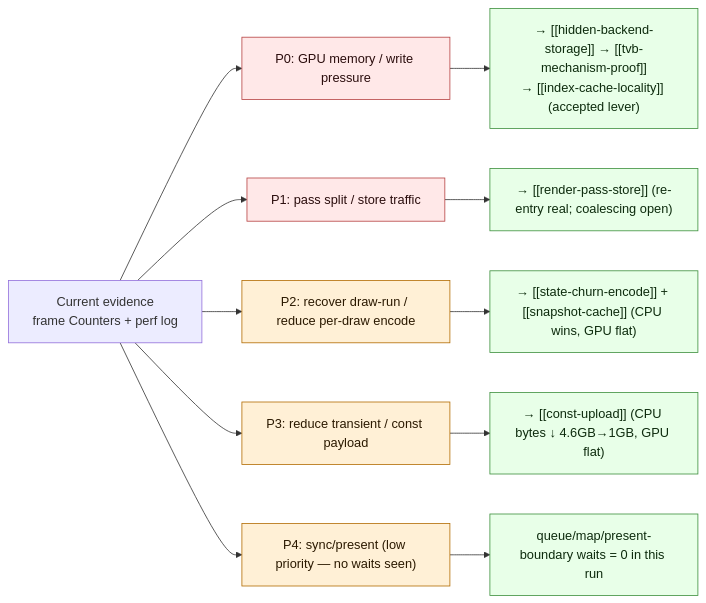
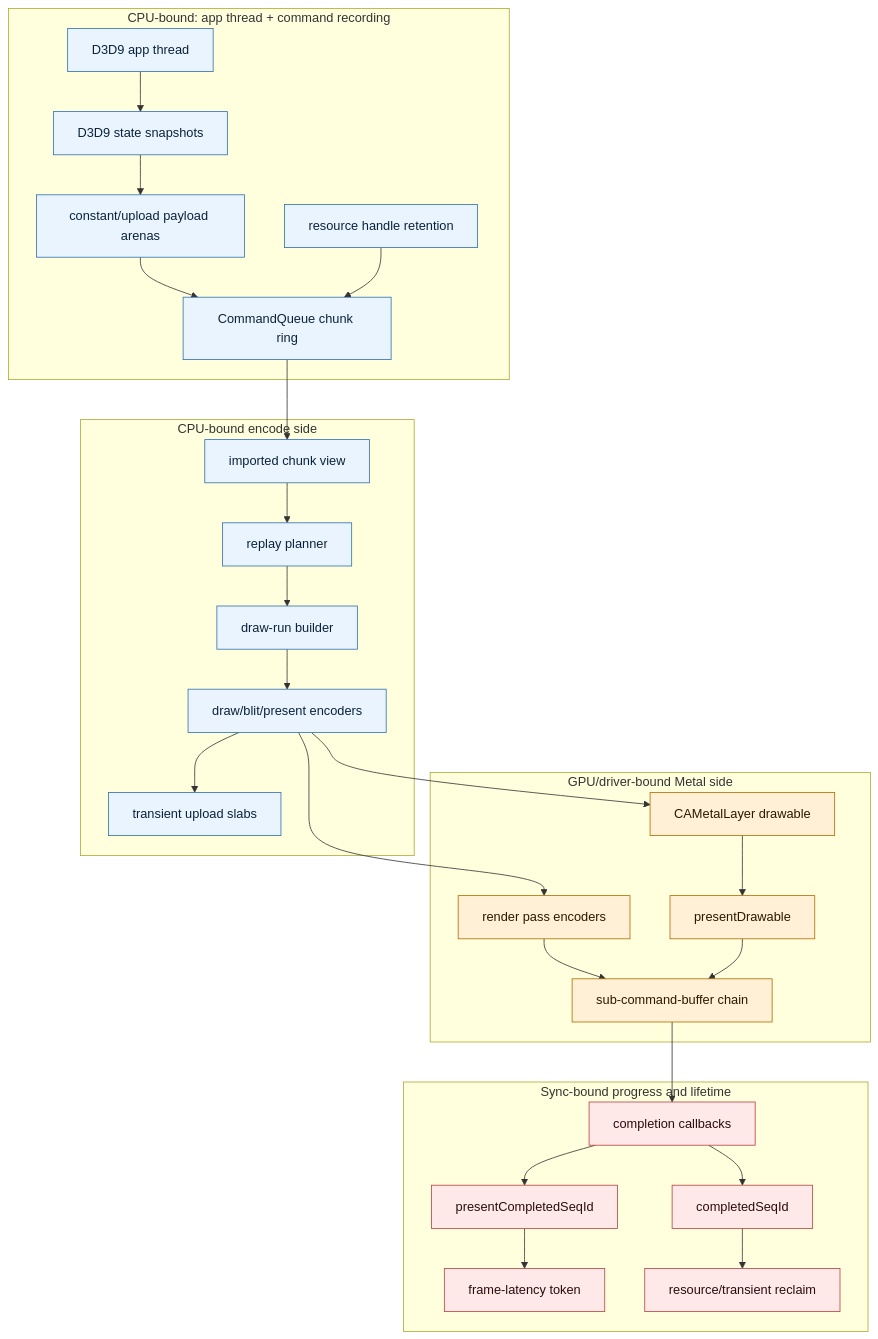
Before and after one commit to dfdgsdfg/dxmt9: the fourth of 11 diagrams in docs/perfomance/overview.md, drawn with Mermaid. The commit also changed other lines of this file and 48 other files, not shown here.

````diff
--- a/docs/perfomance/overview.md
+++ b/docs/perfomance/overview.md
@@ -95,21 +188,49 @@
 ```mermaid
-flowchart LR
-  Start["Current evidence\nframe Counters + perf log"] --> P0["P0: GPU memory / write pressure"]
-  Start --> P1["P1: pass split / store traffic"]
-  Start --> P2["P2: recover draw-run / reduce per-draw encode"]
-  Start --> P3["P3: reduce transient / const payload"]
-  Start --> P4["P4: sync/present (low priority — no waits seen)"]
+flowchart TD
+  subgraph CPURecord["CPU-bound: app thread + command recording"]
+    App[D3D9 app thread]
+    State[D3D9 state snapshots]
+    Payloads[constant/upload payload arenas]
+    Handles[resource handle retention]
+    ChunkRing[CommandQueue chunk ring]
+  end
 
-  P0 --> P0r["→ [[hidden-backend-storage]] → [[tvb-mechanism-proof]]\n→ [[index-cache-locality]] (accepted lever)"]
-  P1 --> P1r["→ [[render-pass-store]] (re-entry real; coalescing open)"]
-  P2 --> P2r["→ [[state-churn-encode]] + [[snapshot-cache]] (CPU wins, GPU flat)"]
-  P3 --> P3r["→ [[const-upload]] (CPU bytes ↓ 4.6GB→1GB, GPU flat)"]
-  P4 --> P4r["queue/map/present-boundary waits = 0 in this run"]
+  subgraph EncodeSide["CPU-bound encode side"]
+    Import[imported chunk view]
+    Planner[replay planner]
+    DrawRun[draw-run builder]
+    Encoders[draw/blit/present encoders]
+    Transient[transient upload slabs]
+  end
 
-  classDef p0 fill:#ffe8e8,stroke:#b64242,color:#2b0d0d
-  classDef p1 fill:#fff0d6,stroke:#b26b00,color:#2b1900
-  classDef act fill:#e8ffe8,stroke:#3c8f3c,color:#0d2b0d
-  class P0,P1 p0
-  class P2,P3,P4 p1
-  class P0r,P1r,P2r,P3r,P4r act
+  subgraph GPUDriver["GPU/driver-bound Metal side"]
+    Pass[render pass encoders]
+    CBChain[sub-command-buffer chain]
+    Drawable[CAMetalLayer drawable]
+    Present[presentDrawable]
+  end
+
+  subgraph SyncWait["Sync-bound progress and lifetime"]
+    Completion[completion callbacks]
+    CompletedSeq[completedSeqId]
+    PresentSeq[presentCompletedSeqId]
+    Token[frame-latency token]
+    Reclaim[resource/transient reclaim]
+  end
+
+  App --> State --> Payloads --> ChunkRing
+  Handles --> ChunkRing
+  ChunkRing --> Import --> Planner --> DrawRun --> Encoders
+  Encoders --> Transient
+  Encoders --> Pass --> CBChain
+  Encoders --> Drawable --> Present --> CBChain
+  CBChain --> Completion --> CompletedSeq --> Reclaim
+  Completion --> PresentSeq --> Token
+
+  classDef cpu fill:#eaf4ff,stroke:#2f6fad,color:#0b2239
+  classDef gpu fill:#fff0d6,stroke:#b26b00,color:#2b1900
+  classDef sync fill:#ffe8e8,stroke:#b64242,color:#2b0d0d
+  class App,State,Payloads,Handles,ChunkRing,Import,Planner,DrawRun,Encoders,Transient cpu
+  class Pass,CBChain,Drawable,Present gpu
+  class Completion,CompletedSeq,PresentSeq,Token,Reclaim sync
 ```
````
